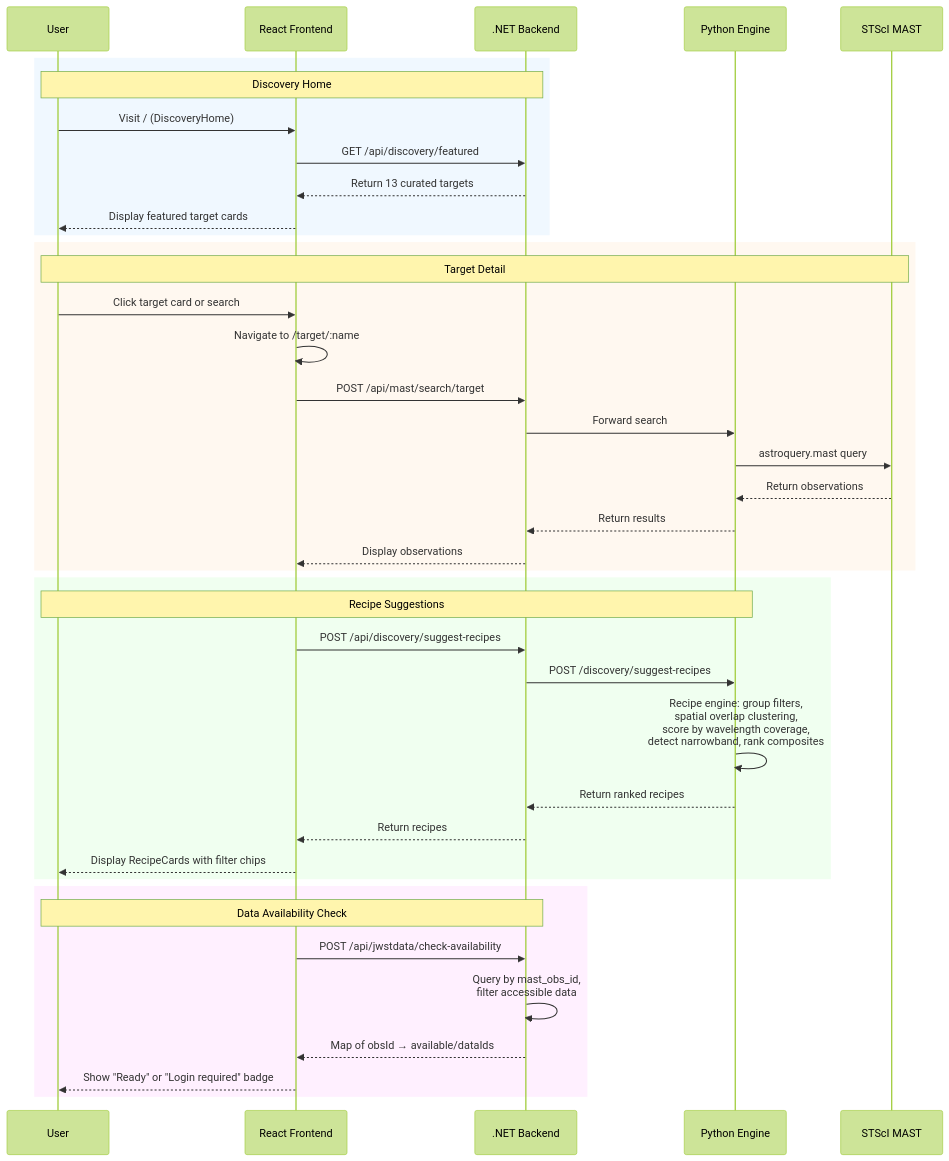
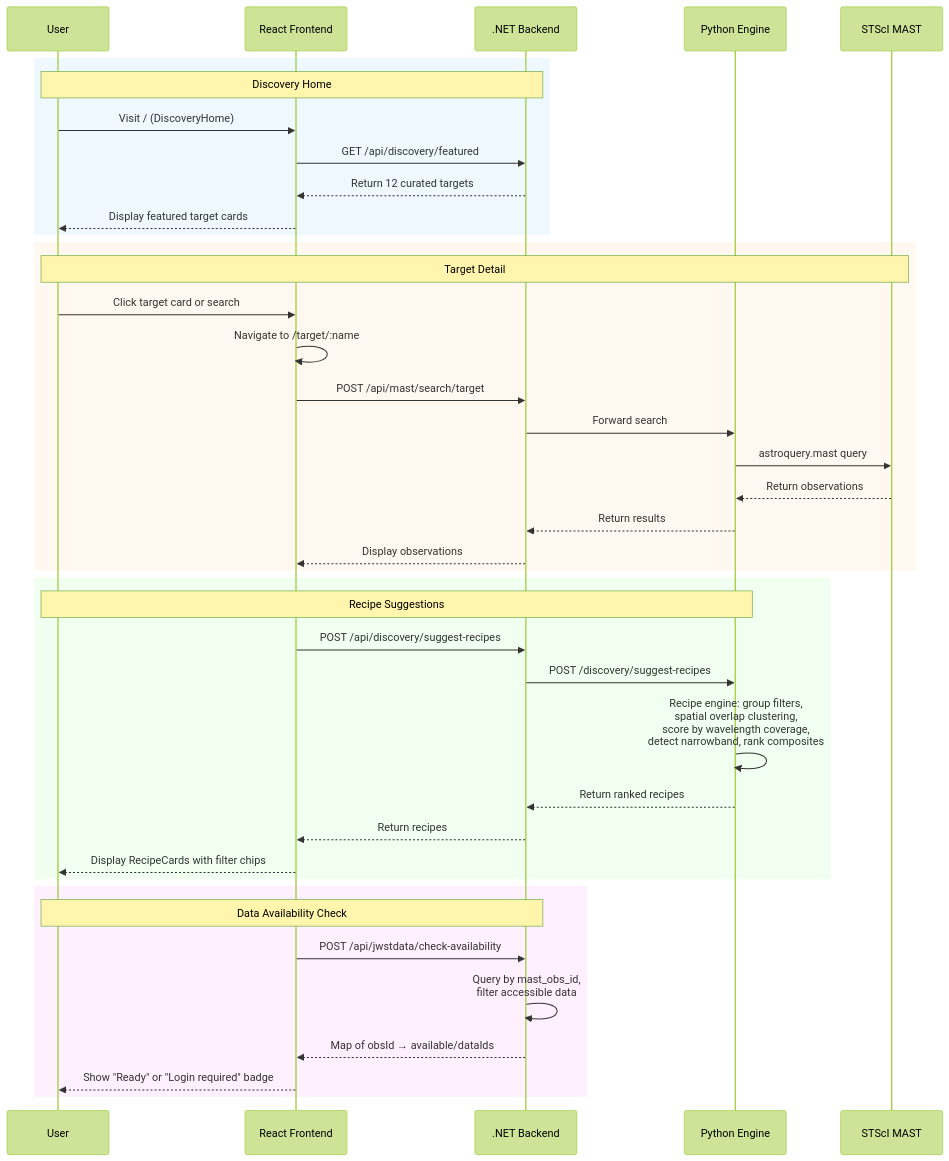
The diagram in docs/architecture/discovery-recipe-flow.md (Snoww3d/jwst-data-analysis), drawn with Mermaid (forest theme) before and after one commit. The commit also changed 9 other files, not shown here.

````diff
--- a/docs/architecture/discovery-recipe-flow.md
+++ b/docs/architecture/discovery-recipe-flow.md
@@ -5,46 +5,46 @@
 ```mermaid
 sequenceDiagram
     participant User
     participant Frontend as React Frontend
     participant Backend as .NET Backend
     participant Processing as Python Engine
     participant MAST as STScI MAST
 
     rect rgb(240, 248, 255)
         Note over User,Backend: Discovery Home
         User->>Frontend: Visit / (DiscoveryHome)
         Frontend->>Backend: GET /api/discovery/featured
-        Backend-->>Frontend: Return 13 curated targets
+        Backend-->>Frontend: Return 12 curated targets
         Frontend-->>User: Display featured target cards
     end
 
     rect rgb(255, 248, 240)
         Note over User,MAST: Target Detail
         User->>Frontend: Click target card or search
         Frontend->>Frontend: Navigate to /target/:name
         Frontend->>Backend: POST /api/mast/search/target
         Backend->>Processing: Forward search
         Processing->>MAST: astroquery.mast query
         MAST-->>Processing: Return observations
         Processing-->>Backend: Return results
         Backend-->>Frontend: Display observations
     end
 
     rect rgb(240, 255, 240)
         Note over User,Processing: Recipe Suggestions
         Frontend->>Backend: POST /api/discovery/suggest-recipes
         Backend->>Processing: POST /discovery/suggest-recipes
         Processing->>Processing: Recipe engine: group filters,<br/>spatial overlap clustering,<br/>score by wavelength coverage,<br/>detect narrowband, rank composites
         Processing-->>Backend: Return ranked recipes
         Backend-->>Frontend: Return recipes
         Frontend-->>User: Display RecipeCards with filter chips
     end
 
     rect rgb(255, 240, 255)
         Note over User,Backend: Data Availability Check
         Frontend->>Backend: POST /api/jwstdata/check-availability
         Backend->>Backend: Query by mast_obs_id,<br/>filter accessible data
         Backend-->>Frontend: Map of obsId → available/dataIds
         Frontend-->>User: Show "Ready" or "Login required" badge
     end
 ```
````
